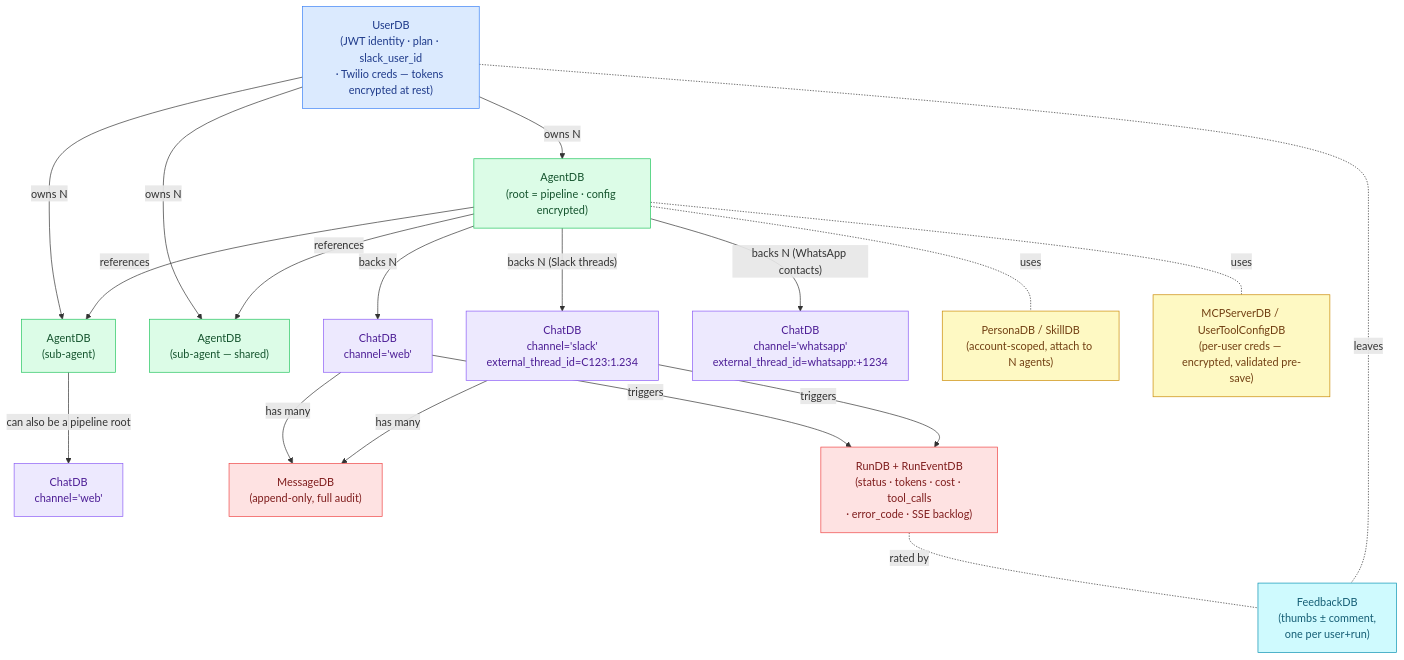
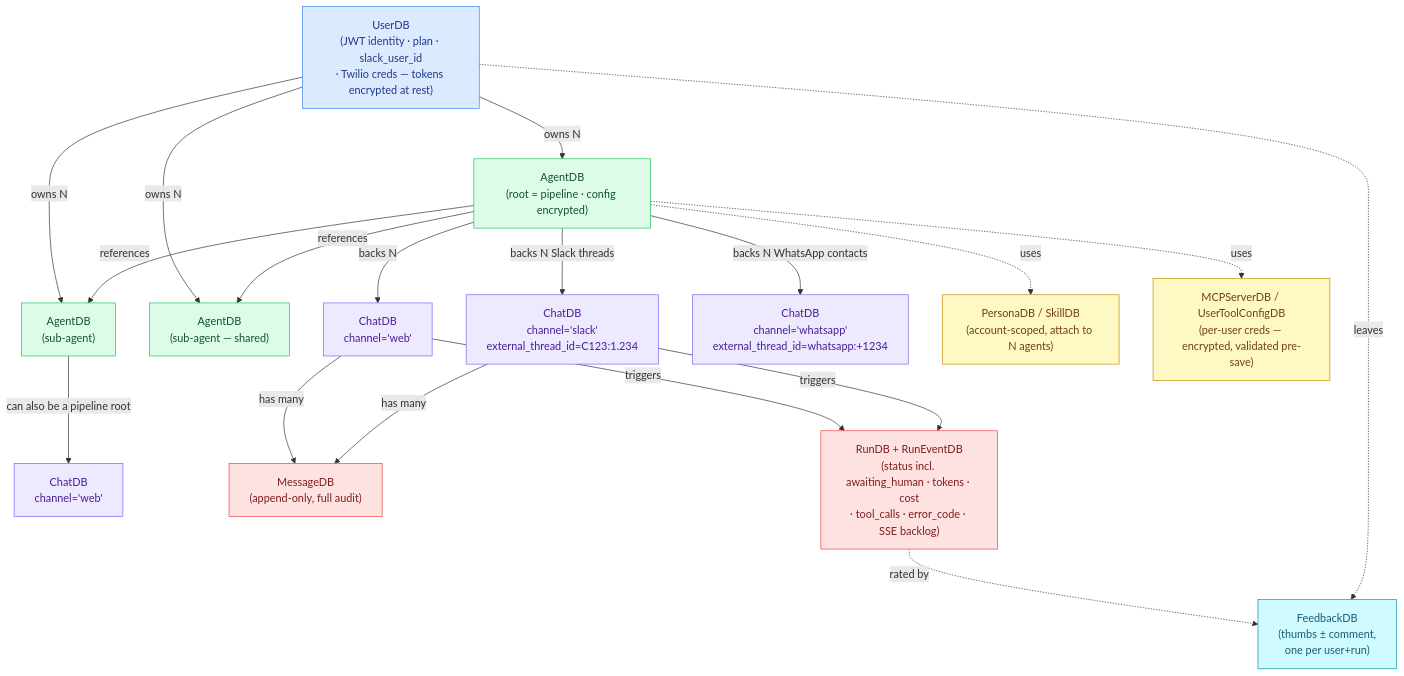
One commit to deshwalmahesh/open-agent-orchestrator changed the second of 4 diagrams in README.md. Above: the diagram before and after it, drawn with Mermaid. The commit also changed other lines of this file, not shown here.

First line of the commit message:
readme: rewrite architecture docs with per-workflow flows; fix mermaid diagrams

````diff
--- a/README.md
+++ b/README.md
@@ -196,48 +196,48 @@
 ```mermaid
 flowchart TD
   U["UserDB<br/>(JWT identity · plan · slack_user_id<br/>· Twilio creds — tokens encrypted at rest)"]
   A1["AgentDB<br/>(root = pipeline · config encrypted)"]
   A2["AgentDB<br/>(sub-agent)"]
   A3["AgentDB<br/>(sub-agent — shared)"]
   CH1["ChatDB<br/>channel='web'"]
   CH2["ChatDB<br/>channel='slack'<br/>external_thread_id=C123:1.234"]
   CH4["ChatDB<br/>channel='whatsapp'<br/>external_thread_id=whatsapp:+1234"]
   CH3["ChatDB<br/>channel='web'"]
   M["MessageDB<br/>(append-only, full audit)"]
-  R["RunDB + RunEventDB<br/>(status · tokens · cost · tool_calls<br/>· error_code · SSE backlog)"]
+  R["RunDB + RunEventDB<br/>(status incl. awaiting_human · tokens · cost<br/>· tool_calls · error_code · SSE backlog)"]
   FB["FeedbackDB<br/>(thumbs ± comment,<br/>one per user+run)"]
   P["PersonaDB / SkillDB<br/>(account-scoped, attach to N agents)"]
   MCP["MCPServerDB / UserToolConfigDB<br/>(per-user creds — encrypted, validated pre-save)"]
 
-  U -- owns N --> A1
-  U -- owns N --> A2
-  U -- owns N --> A3
-  A1 -- references --> A2
-  A1 -- references --> A3
-  A2 -- can also be a pipeline root --> CH3
-  A1 -- backs N --> CH1
-  A1 -- backs N (Slack threads) --> CH2
-  A1 -- backs N (WhatsApp contacts) --> CH4
-  CH1 -- has many --> M
-  CH2 -- has many --> M
-  CH1 -- triggers --> R
-  CH2 -- triggers --> R
-  R -. rated by .- FB
-  U -. leaves .- FB
-  A1 -. uses .- P
-  A1 -. uses .- MCP
+  U -->|"owns N"| A1
+  U -->|"owns N"| A2
+  U -->|"owns N"| A3
+  A1 -->|"references"| A2
+  A1 -->|"references"| A3
+  A2 -->|"can also be a pipeline root"| CH3
+  A1 -->|"backs N"| CH1
+  A1 -->|"backs N Slack threads"| CH2
+  A1 -->|"backs N WhatsApp contacts"| CH4
+  CH1 -->|"has many"| M
+  CH2 -->|"has many"| M
+  CH1 -->|"triggers"| R
+  CH2 -->|"triggers"| R
+  R -.->|"rated by"| FB
+  U -.->|"leaves"| FB
+  A1 -.->|"uses"| P
+  A1 -.->|"uses"| MCP
 
   classDef user fill:#dbeafe,stroke:#3b82f6,color:#1e3a8a;
   classDef agent fill:#dcfce7,stroke:#22c55e,color:#14532d;
   classDef chat fill:#ede9fe,stroke:#8b5cf6,color:#4c1d95;
   classDef run fill:#fee2e2,stroke:#ef4444,color:#7f1d1d;
   classDef reuse fill:#fef9c3,stroke:#ca8a04,color:#713f12;
   classDef fb fill:#cffafe,stroke:#0891b2,color:#155e75;
 
   class U user;
   class A1,A2,A3 agent;
   class CH1,CH2,CH3,CH4 chat;
   class M,R run;
   class P,MCP reuse;
   class FB fb;
 ```
````
